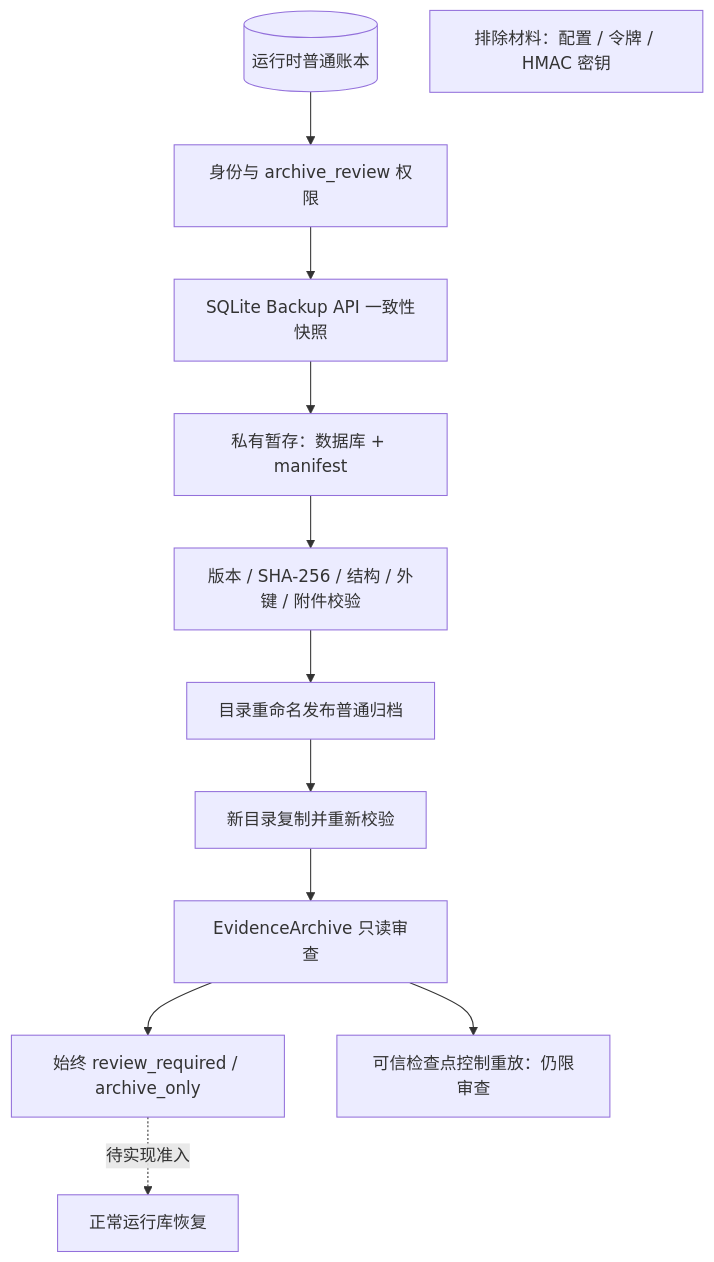
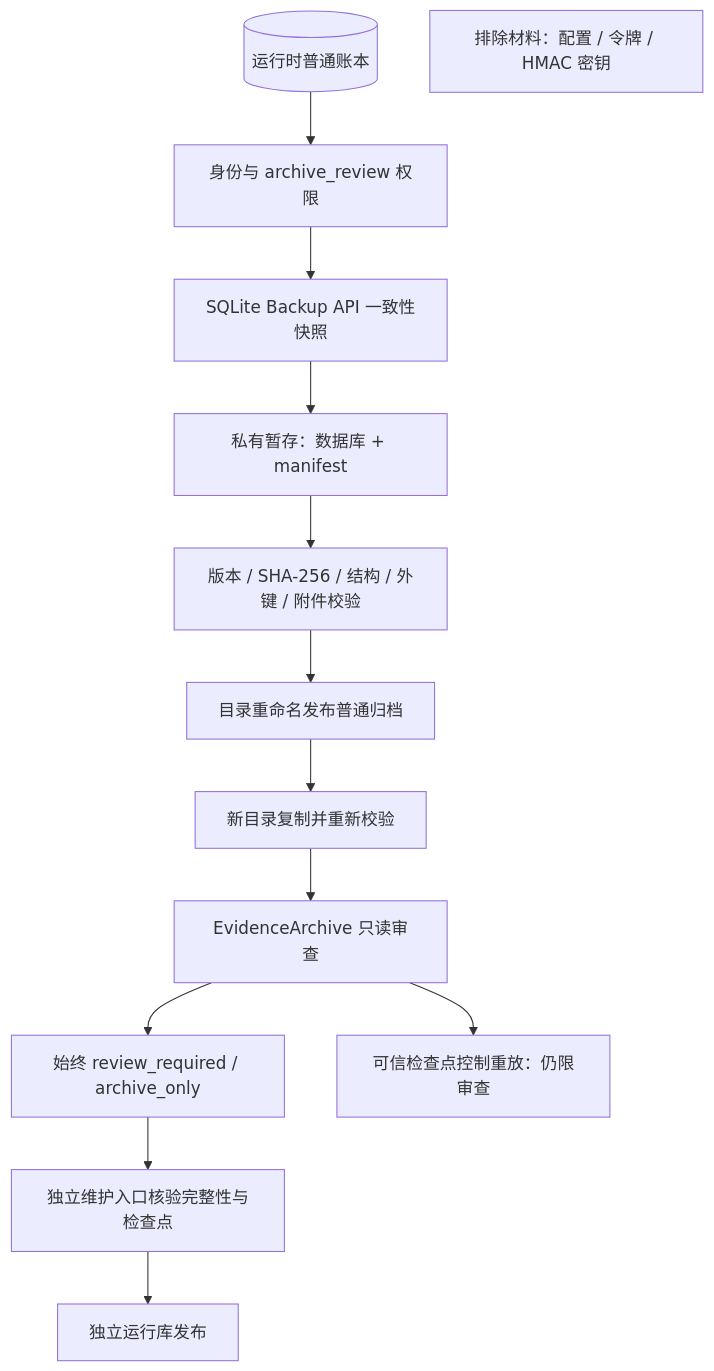
One commit to destinyTaoTao/evernook changed the fifth of 5 diagrams in docs/current-architecture.md. Above: the diagram before and after it, drawn with Mermaid. The commit also changed other lines of this file and 5 other files, not shown here.

````diff
--- a/docs/current-architecture.md
+++ b/docs/current-architecture.md
@@ -147,14 +147,15 @@
 ```mermaid
 flowchart TD
     Live[(运行时普通账本)] --> Grant[身份与 archive_review 权限]
     Grant --> Snapshot[SQLite Backup API 一致性快照]
     Snapshot --> Stage[私有暂存：数据库 + manifest]
     Stage --> Verify[版本 / SHA-256 / 结构 / 外键 / 附件校验]
     Verify --> Publish[目录重命名发布普通归档]
     Publish --> Copy[新目录复制并重新校验]
     Copy --> Review[EvidenceArchive 只读审查]
     Review --> Gate[始终 review_required / archive_only]
     Review --> Replay[可信检查点控制重放：仍限审查]
-    Gate -. 待实现准入 .-> Future[正常运行库恢复]
+    Gate --> Admission[独立维护入口核验完整性与检查点]
+    Admission --> Future[独立运行库发布]
     Secrets[排除材料：配置 / 令牌 / HMAC 密钥]
 ```
````
